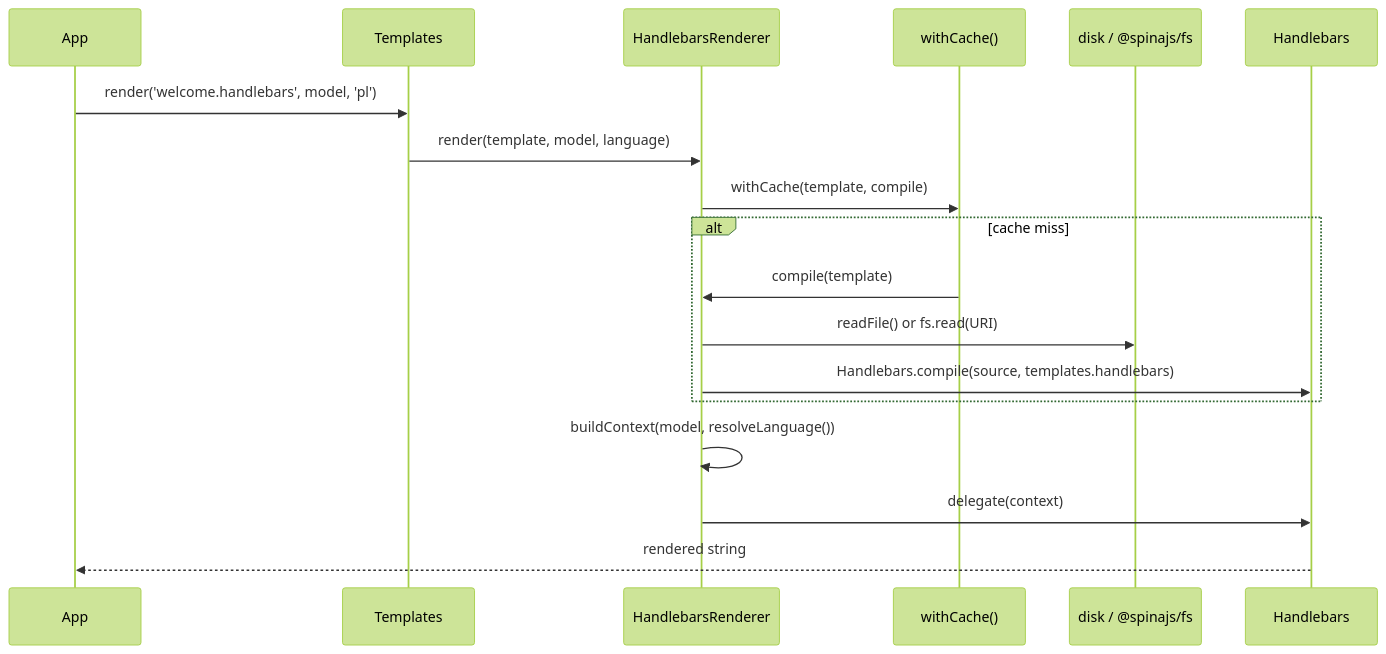
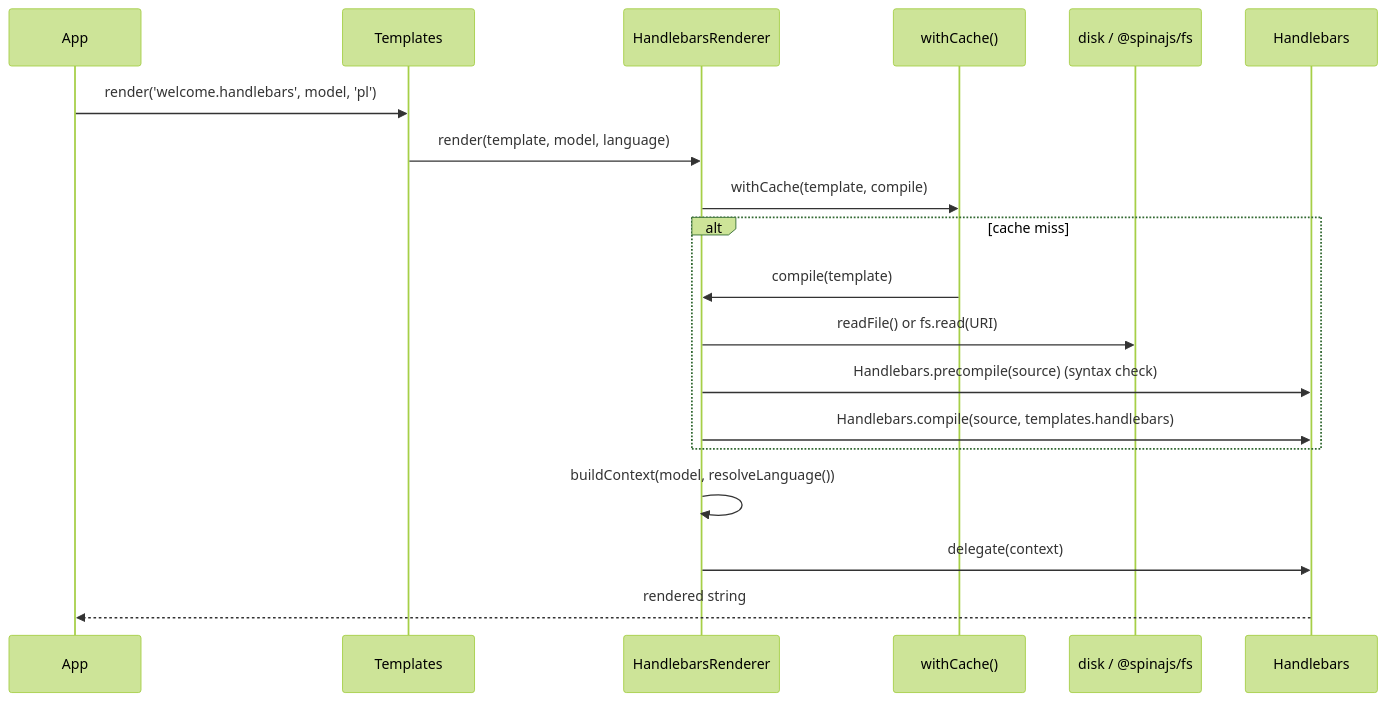
One commit to spinajs/main changed the diagram in docs/templates-handlebars/01-rendering-templates.md. Above: the diagram before and after it, drawn with Mermaid (forest theme). The commit also changed other lines of this file and 15 other files, not shown here.

````diff
--- a/docs/templates-handlebars/01-rendering-templates.md
+++ b/docs/templates-handlebars/01-rendering-templates.md
@@ -22,20 +22,21 @@
 ```mermaid
 sequenceDiagram
   participant App
   participant Templates
   participant Renderer as HandlebarsRenderer
   participant Cache as withCache()
   participant Source as disk / @spinajs/fs
   participant HB as Handlebars
   App->>Templates: render('welcome.handlebars', model, 'pl')
   Templates->>Renderer: render(template, model, language)
   Renderer->>Cache: withCache(template, compile)
   alt cache miss
     Cache->>Renderer: compile(template)
     Renderer->>Source: readFile() or fs.read(URI)
+    Renderer->>HB: Handlebars.precompile(source) (syntax check)
     Renderer->>HB: Handlebars.compile(source, templates.handlebars)
   end
   Renderer->>Renderer: buildContext(model, resolveLanguage())
   Renderer->>HB: delegate(context)
   HB-->>App: rendered string
 ```
````
